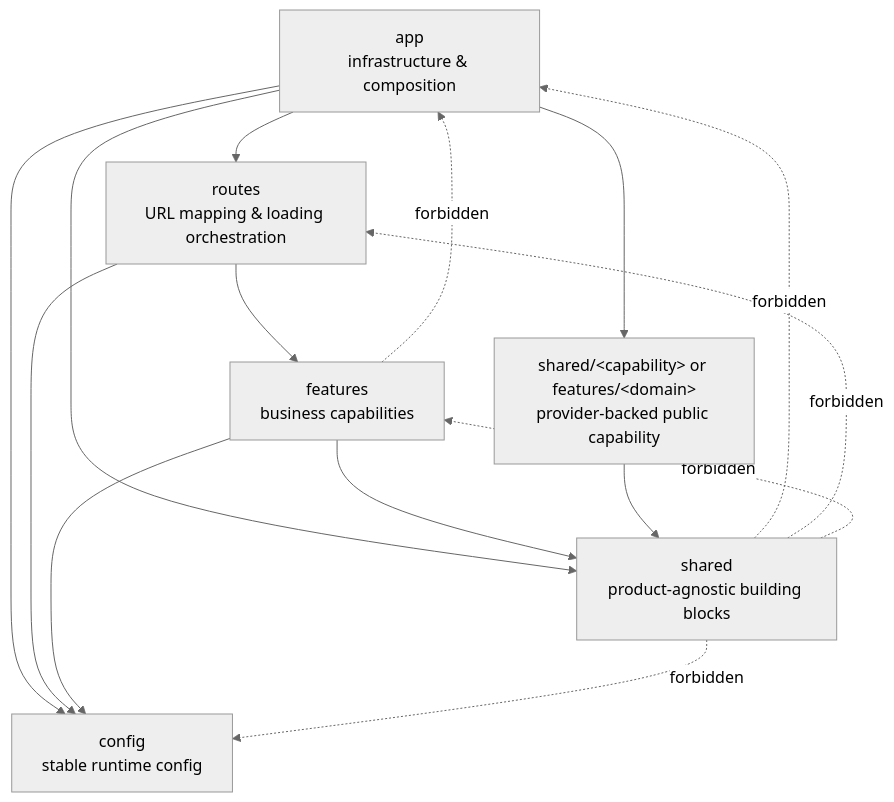
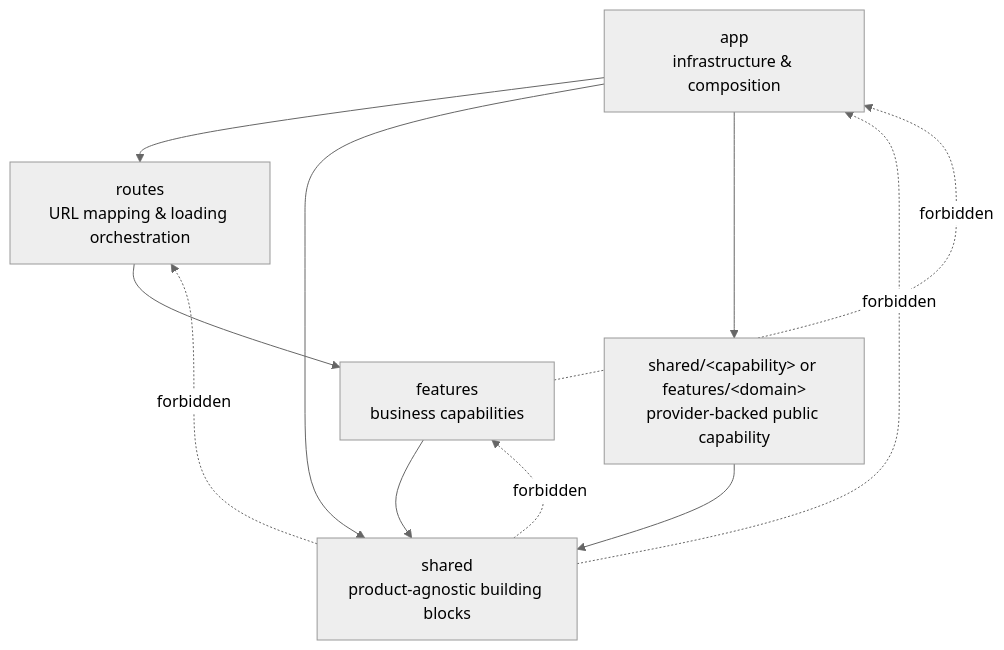
Before and after one commit to RingoTangs/react-app: the diagram in README.md, drawn with Mermaid (neutral theme). The commit also changed other lines of this file and 10 other files, not shown here.

````diff
--- a/README.md
+++ b/README.md
@@ -162,25 +158,20 @@
 ```mermaid
 flowchart TD
   App["app<br/>infrastructure & composition"]
   Routes["routes<br/>URL mapping & loading orchestration"]
   Features["features<br/>business capabilities"]
   Shared["shared<br/>product-agnostic building blocks"]
-  Config["config<br/>stable runtime config"]
   ProviderCapability["shared/&lt;capability&gt; or features/&lt;domain&gt;<br/>provider-backed public capability"]
 
   App --> Routes
   App --> Shared
-  App --> Config
   App --> ProviderCapability
   Routes --> Features
-  Routes --> Config
   Features --> Shared
-  Features --> Config
   ProviderCapability --> Shared
 
   Shared -. forbidden .-> App
   Shared -. forbidden .-> Routes
   Shared -. forbidden .-> Features
-  Shared -. forbidden .-> Config
   Features -. forbidden .-> App
 ```
````
